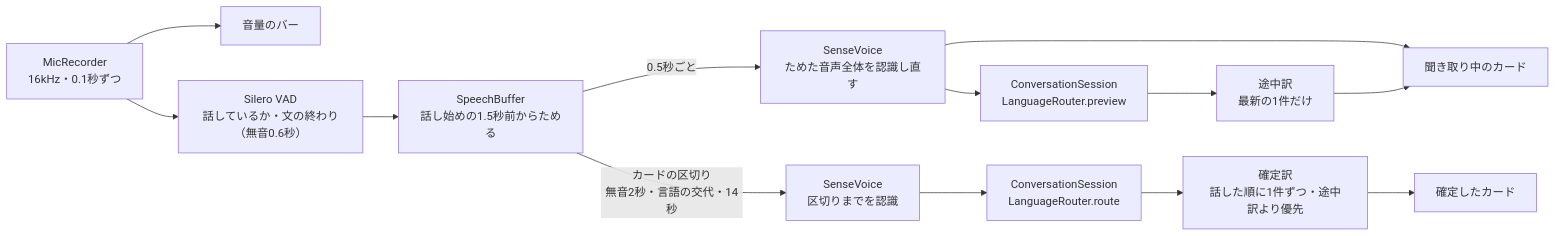
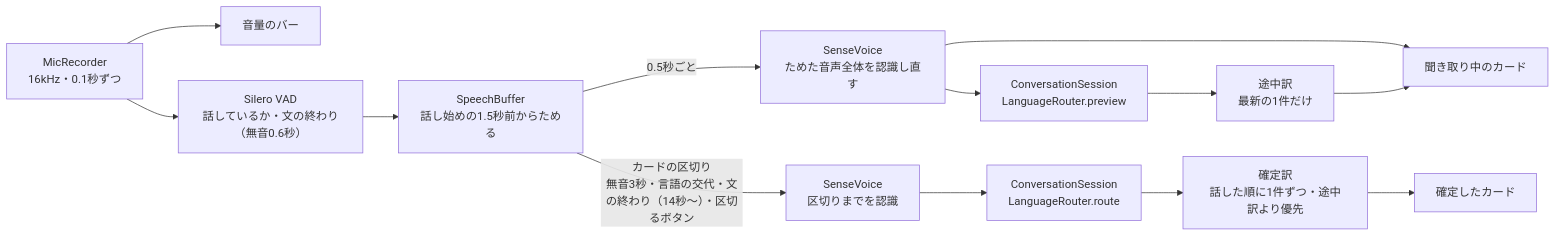
Before and after one commit to kagerouttepaso/PlamoTranslate: the diagram in docs/設計/会話翻訳.md, drawn with Mermaid. The commit also changed other lines of this file and 12 other files, not shown here.

````diff
--- a/docs/設計/会話翻訳.md
+++ b/docs/設計/会話翻訳.md
@@ -9,13 +9,13 @@
 ```mermaid
 flowchart LR
   MIC["MicRecorder<br>16kHz・0.1秒ずつ"] --> LV["音量のバー"]
   MIC --> VAD["Silero VAD<br>話しているか・文の終わり（無音0.6秒）"]
   VAD --> BUF["SpeechBuffer<br>話し始めの1.5秒前からためる"]
   BUF -->|0.5秒ごと| PT["SenseVoice<br>ためた音声全体を認識し直す"]
   PT --> PRV["ConversationSession<br>LanguageRouter.preview"] --> PTR["途中訳<br>最新の1件だけ"]
   PT --> LIVE["聞き取り中のカード"]
   PTR --> LIVE
-  BUF -->|"カードの区切り<br>無音2秒・言語の交代・14秒"| SV["SenseVoice<br>区切りまでを認識"]
+  BUF -->|"カードの区切り<br>無音3秒・言語の交代・文の終わり（14秒〜）・区切るボタン"| SV["SenseVoice<br>区切りまでを認識"]
   SV --> RT["ConversationSession<br>LanguageRouter.route"] --> TR["確定訳<br>話した順に1件ずつ・途中訳より優先"]
   TR --> CARD["確定したカード"]
 ```
````
